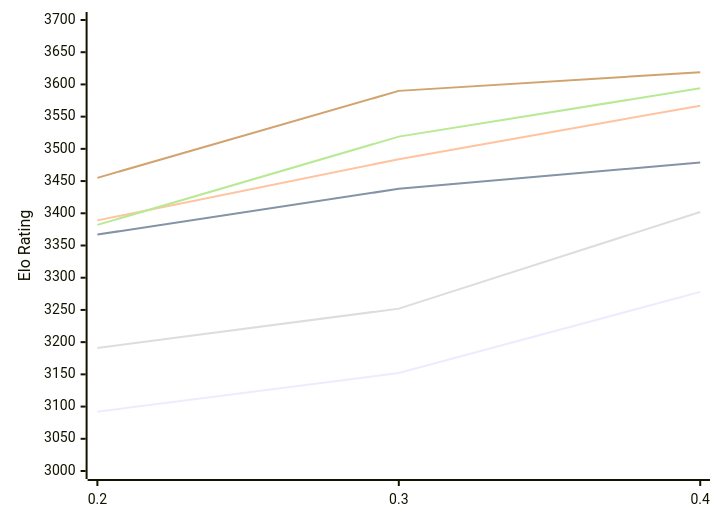
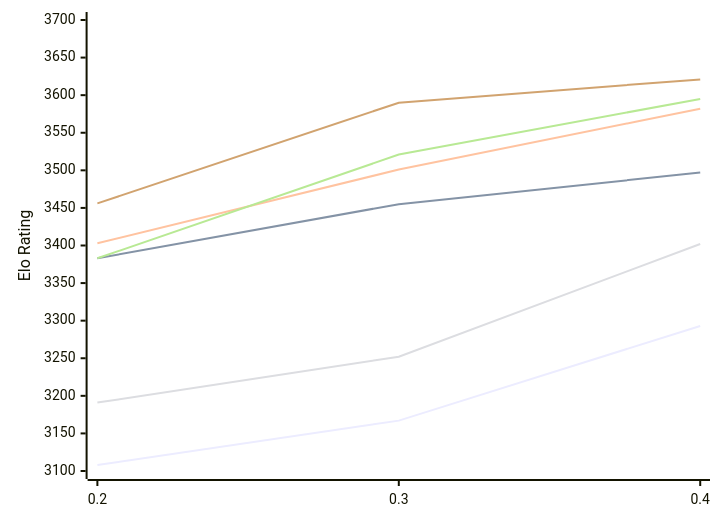
The diagram in engines/StockDory.md (computer-chess-index/cci), drawn with Mermaid before and after one commit. The commit also changed other lines of this file, not shown here.

Commit message:
Update CCI Ratings (ELO VLTC) - 2026-11-11

````diff
--- a/engines/StockDory.md
+++ b/engines/StockDory.md
@@ -51,12 +51,12 @@
 ```mermaid
 %%{init: {"theme":"base","themeVariables":{"seriesColors:['#a3a3a3','#222221','#faa371']}}}%%
 xychart-beta
   x-axis ["0.2", "0.3", "0.4"]
-  y-axis "Elo Rating" 3000 --> 3700
-  line "E1: STC (8.0+0.08s)" [3092, 3152, 3278]
-  line "E1: LTC (60.0+0.60s)" [3367, 3438, 3479]
-  line "E1: VLTC (2m24s+1.12s)" [3389, 3484, 3567]
+  y-axis "Elo Rating" 3100 --> 3700
+  line "E1: STC (8.0+0.08s)" [3108, 3167, 3293]
+  line "E1: LTC (60.0+0.60s)" [3383, 3455, 3497]
+  line "E1: VLTC (2m24s+1.12s)" [3403, 3501, 3582]
   line "P1: STC (8.0+0.08s)" [3191, 3252, 3402]
-  line "P1: LTC (60.0+0.60s)" [3382, 3519, 3594]
-  line "P1: VLTC (2m24s+1.12s)" [3455, 3590, 3619]
+  line "P1: LTC (60.0+0.60s)" [3383, 3521, 3595]
+  line "P1: VLTC (2m24s+1.12s)" [3456, 3590, 3621]
 ```
````
